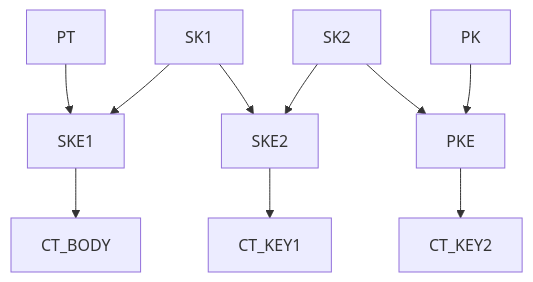
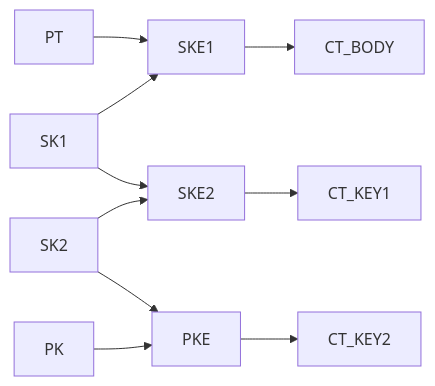
Before and after one commit to junkurihara/cascade: the diagram in README.md, drawn with Mermaid. The commit also changed other lines of this file, not shown here.

Commit message:
Updated: 'started to write overview and introduction [ci skip]'

````diff
--- a/README.md
+++ b/README.md
@@ -318,12 +14,12 @@
 ```mermaid
-graph TD;
+graph LR;
     PT-->SKE1;
     SK1-->SKE1;
     SKE1-->CT_BODY;
     SK1-->SKE2;
     SK2-->SKE2;
     SKE2-->CT_KEY1;
     SK2-->PKE;
     PK-->PKE;
     PKE-->CT_KEY2;
 ```
````
